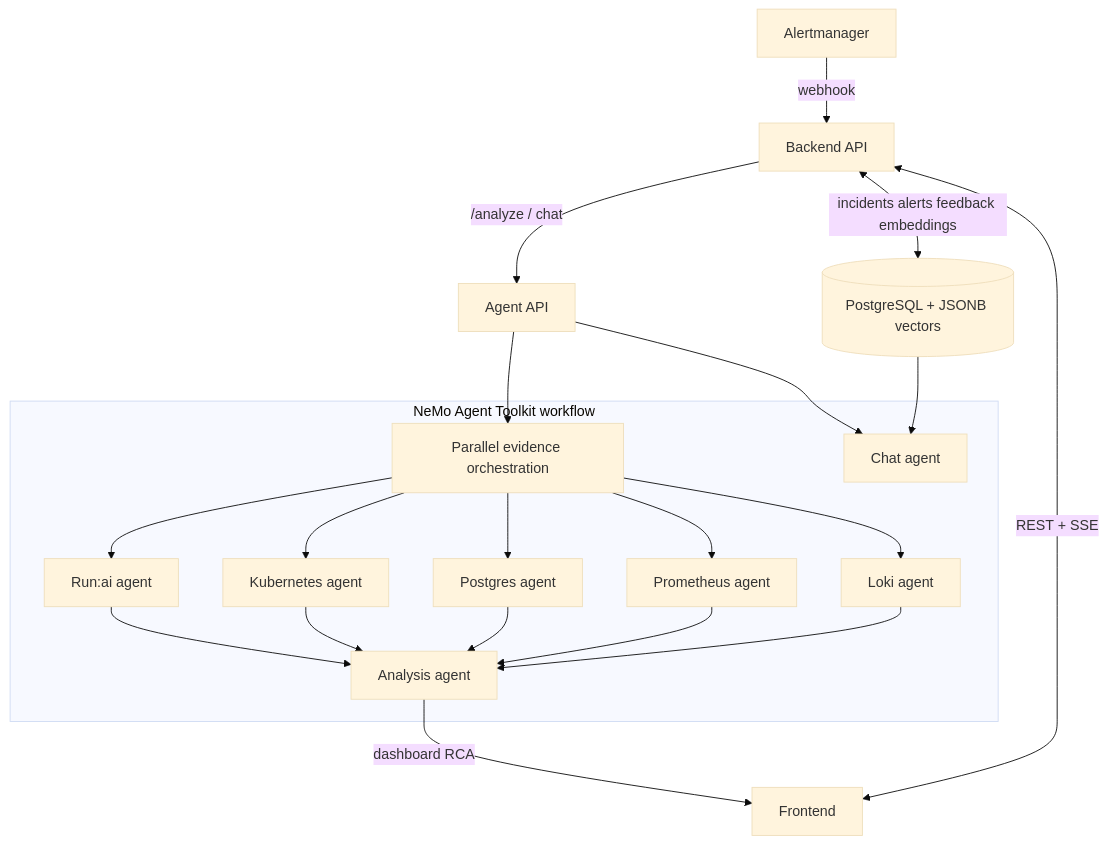
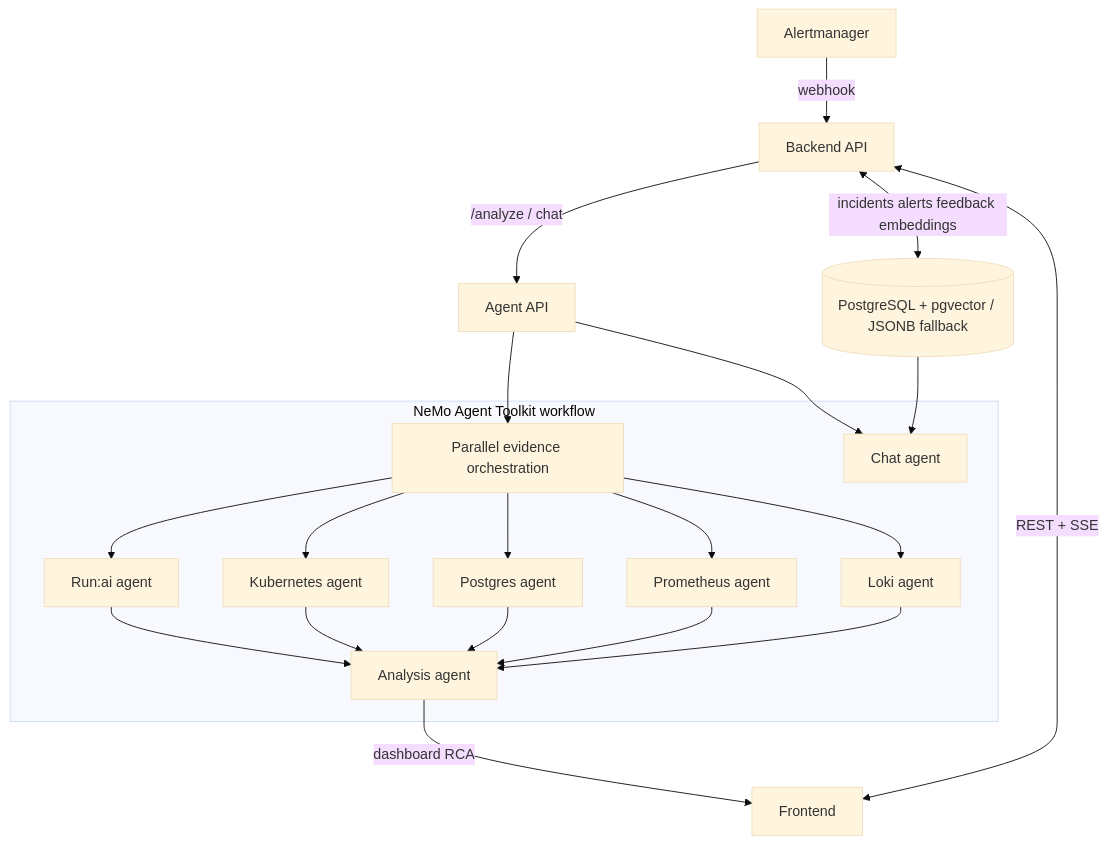
One commit to uclix-nvidia-sw/runaiRCA changed the diagram in README.md. Above: the diagram before and after it, drawn with Mermaid (base theme). The commit also changed other lines of this file and 5 other files, not shown here.

````diff
--- a/README.md
+++ b/README.md
@@ -35,33 +35,33 @@
 ```mermaid
 flowchart TD
   AM[Alertmanager] -->|webhook| BE[Backend API]
   FE[Frontend] <-->|REST + SSE| BE
   BE -->|/analyze / chat| AG[Agent API]
-  BE <-->|incidents alerts feedback embeddings| DB[(PostgreSQL + JSONB vectors)]
+  BE <-->|incidents alerts feedback embeddings| DB[(PostgreSQL + pgvector / JSONB fallback)]
 
   subgraph "NeMo Agent Toolkit workflow"
     ORCH[Parallel evidence orchestration]
     RA[Run:ai agent]
     KA[Kubernetes agent]
     DBA[Postgres agent]
     PA[Prometheus agent]
     LA[Loki agent]
     AA[Analysis agent]
     CA[Chat agent]
   end
 
   AG --> ORCH
   ORCH --> RA
   ORCH --> KA
   ORCH --> DBA
   ORCH --> PA
   ORCH --> LA
   RA --> AA
   KA --> AA
   DBA --> AA
   PA --> AA
   LA --> AA
   AA -->|dashboard RCA| FE
   DB --> CA
   AG --> CA
 ```
````
